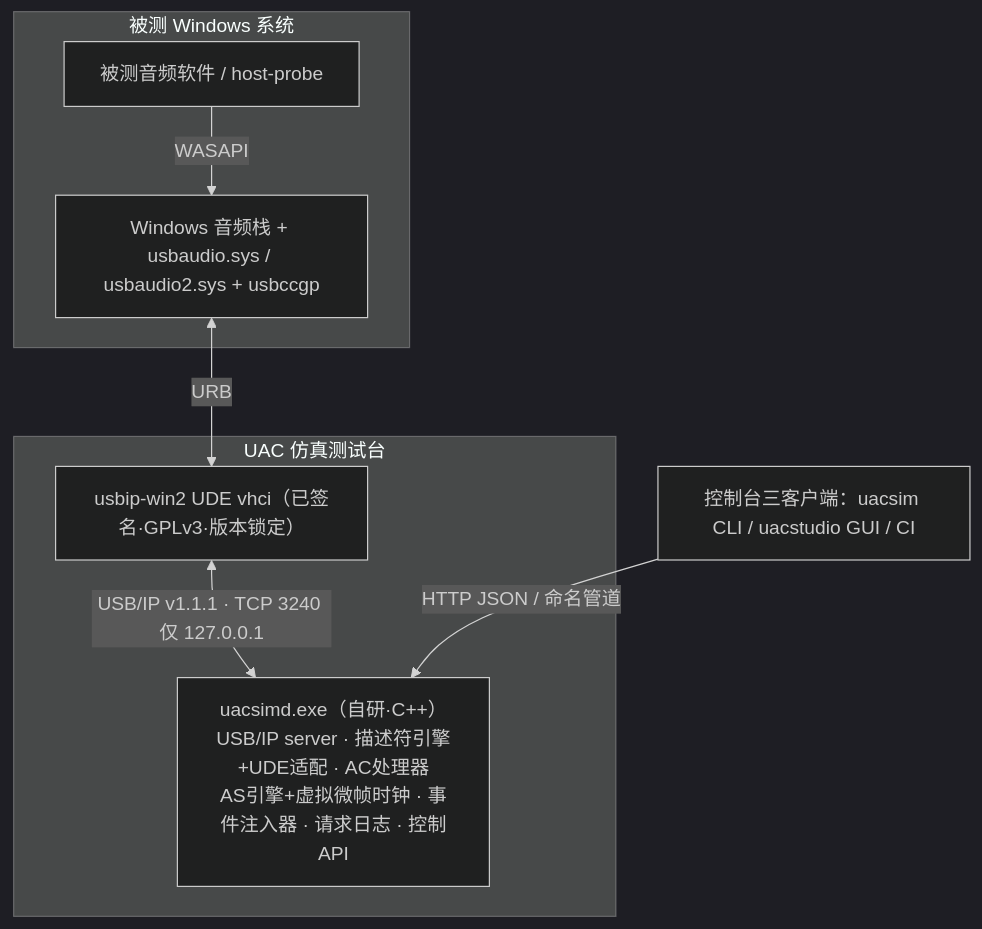
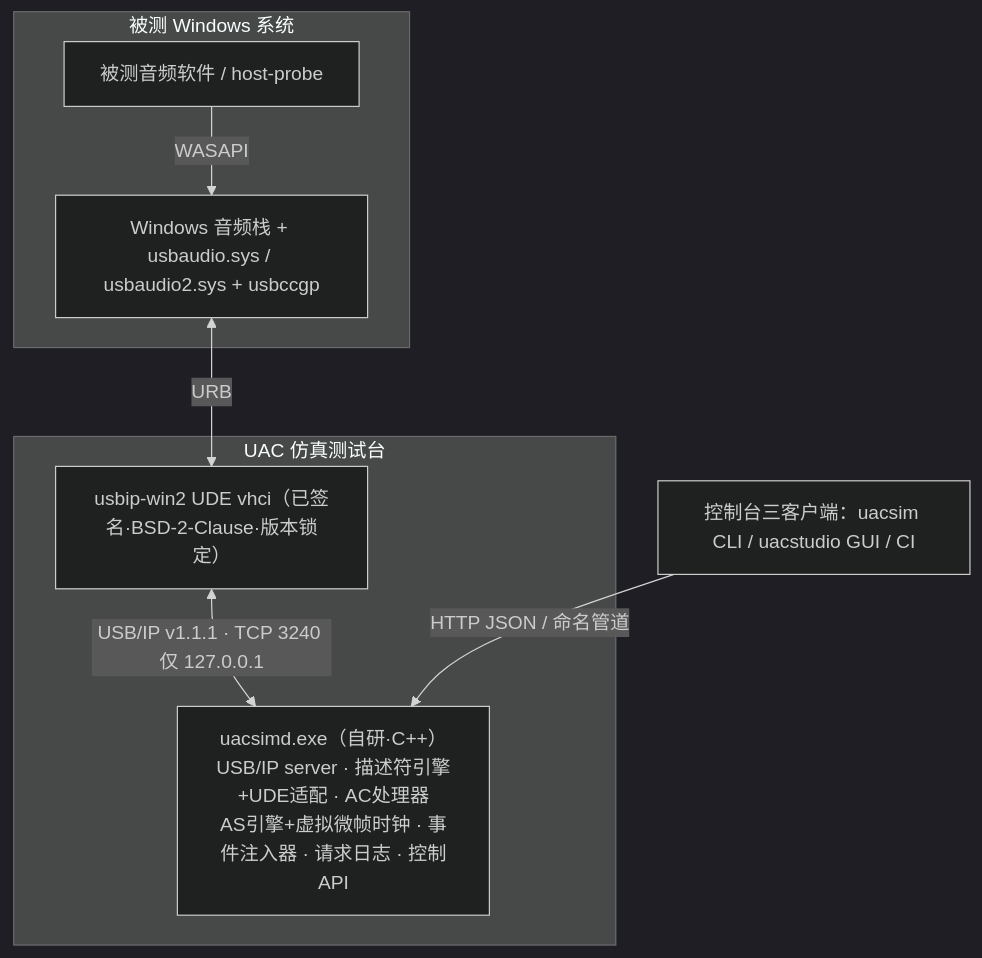
Before and after one commit to tangjianfang/phantom-audio: the diagram in docs/superpowers/specs/2026-10-29-uac-simulator-design.md, drawn with Mermaid (dark theme). The commit also changed other lines of this file and 76 other files, not shown here.

````diff
--- a/docs/superpowers/specs/2026-10-29-uac-simulator-design.md
+++ b/docs/superpowers/specs/2026-10-29-uac-simulator-design.md
@@ -64,16 +66,16 @@
 ```mermaid
 flowchart TB
     subgraph DUT["被测 Windows 系统"]
         APP["被测音频软件 / host-probe"]
         STACK["Windows 音频栈 + usbaudio.sys / usbaudio2.sys + usbccgp"]
     end
     subgraph RIG["UAC 仿真测试台"]
-        VHCI["usbip-win2 UDE vhci（已签名·GPLv3·版本锁定）"]
+        VHCI["usbip-win2 UDE vhci（已签名·BSD-2-Clause·版本锁定）"]
         SIM["uacsimd.exe（自研·C++）<br/>USB/IP server · 描述符引擎+UDE适配 · AC处理器<br/>AS引擎+虚拟微帧时钟 · 事件注入器 · 请求日志 · 控制API"]
     end
     CON["控制台三客户端：uacsim CLI / uacstudio GUI / CI"]
     APP -->|"WASAPI"| STACK
     STACK <-->|"URB"| VHCI
     VHCI <-->|"USB/IP v1.1.1 · TCP 3240 仅 127.0.0.1"| SIM
     CON -->|"HTTP JSON / 命名管道"| SIM
 ```
````
